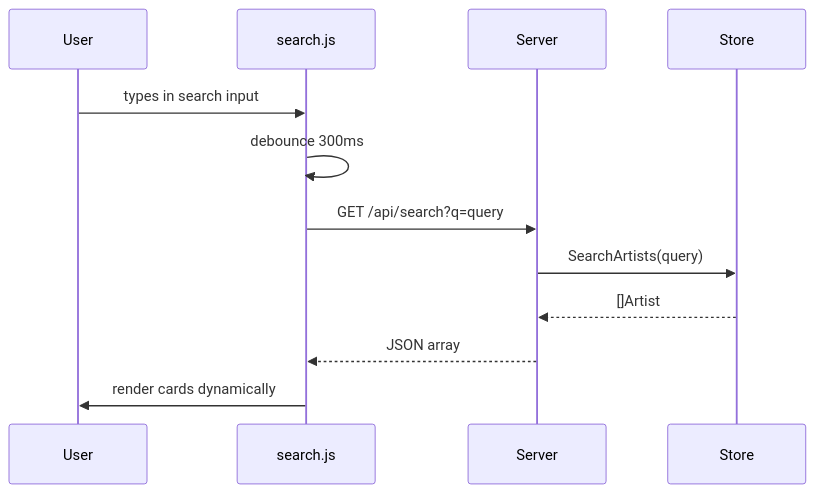
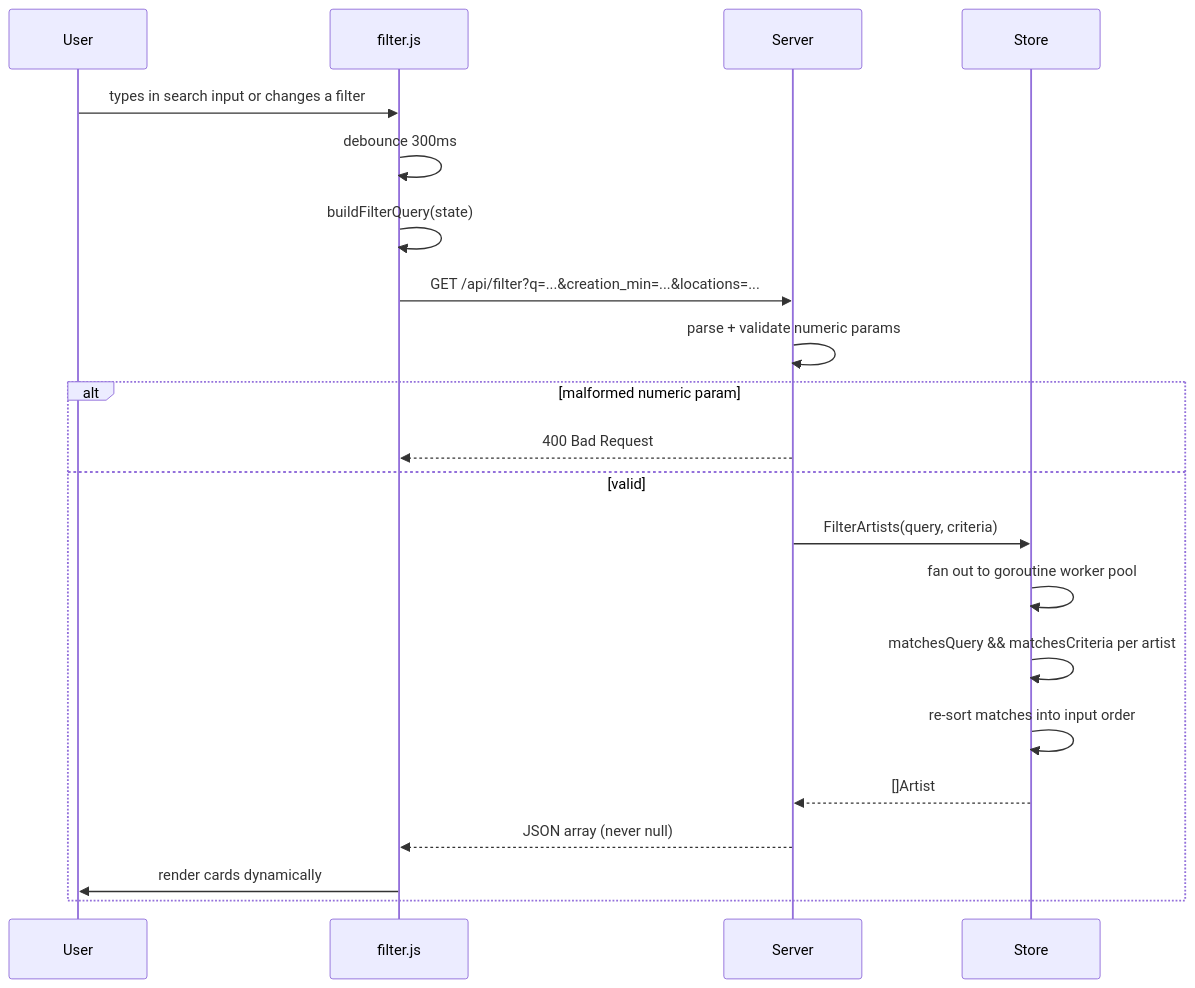
Before and after one commit to teovaira/groupie-tracker-filters: the third of 3 diagrams in DIAGRAMS.md, drawn with Mermaid. The commit also changed other lines of this file, not shown here.

Commit message:
docs(diagrams): add /api/filter to application flow and rewrite search sequence diagram

````diff
--- a/DIAGRAMS.md
+++ b/DIAGRAMS.md
@@ -75,15 +83,24 @@
 ```mermaid
 sequenceDiagram
     participant U as User
-    participant JS as search.js
+    participant JS as filter.js
     participant S as Server
     participant ST as Store
 
-    U->>JS: types in search input
+    U->>JS: types in search input or changes a filter
     JS->>JS: debounce 300ms
-    JS->>S: GET /api/search?q=query
-    S->>ST: SearchArtists(query)
-    ST-->>S: []Artist
-    S-->>JS: JSON array
-    JS->>U: render cards dynamically
+    JS->>JS: buildFilterQuery(state)
+    JS->>S: GET /api/filter?q=...&creation_min=...&locations=...
+    S->>S: parse + validate numeric params
+    alt malformed numeric param
+        S-->>JS: 400 Bad Request
+    else valid
+        S->>ST: FilterArtists(query, criteria)
+        ST->>ST: fan out to goroutine worker pool
+        ST->>ST: matchesQuery && matchesCriteria per artist
+        ST->>ST: re-sort matches into input order
+        ST-->>S: []Artist
+        S-->>JS: JSON array (never null)
+        JS->>U: render cards dynamically
+    end
 ```
````
